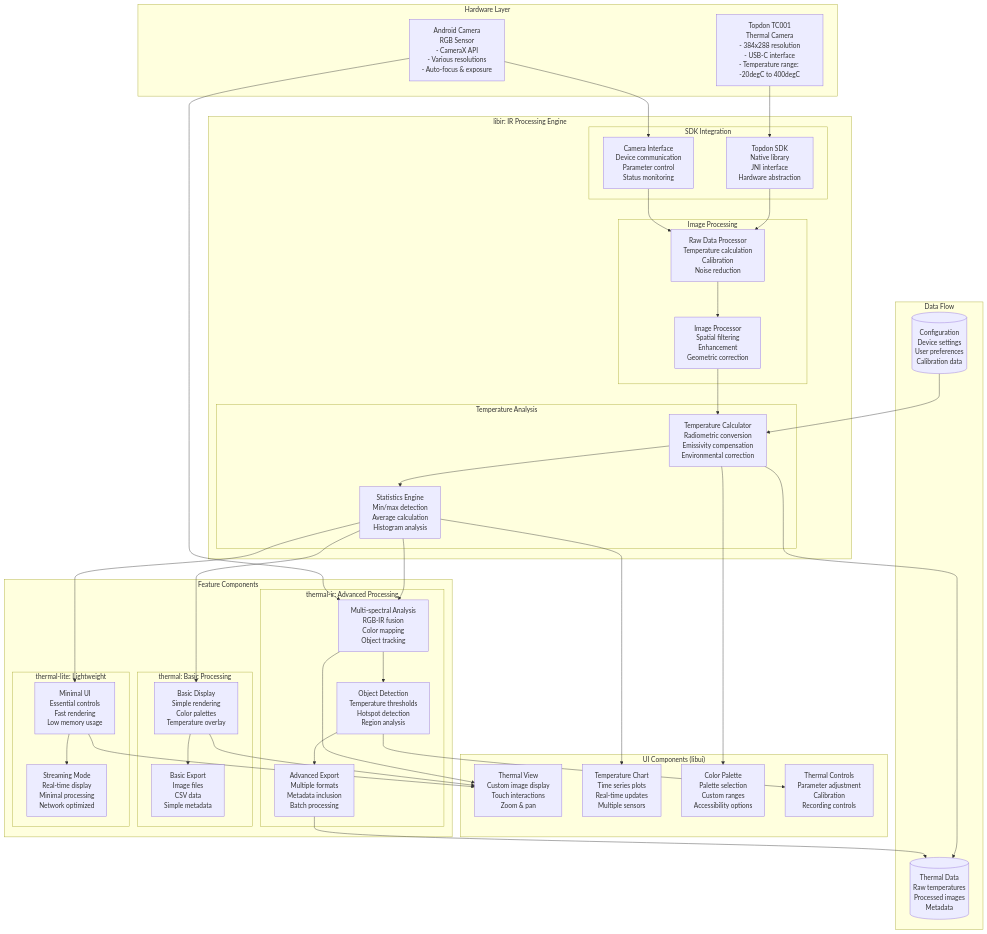
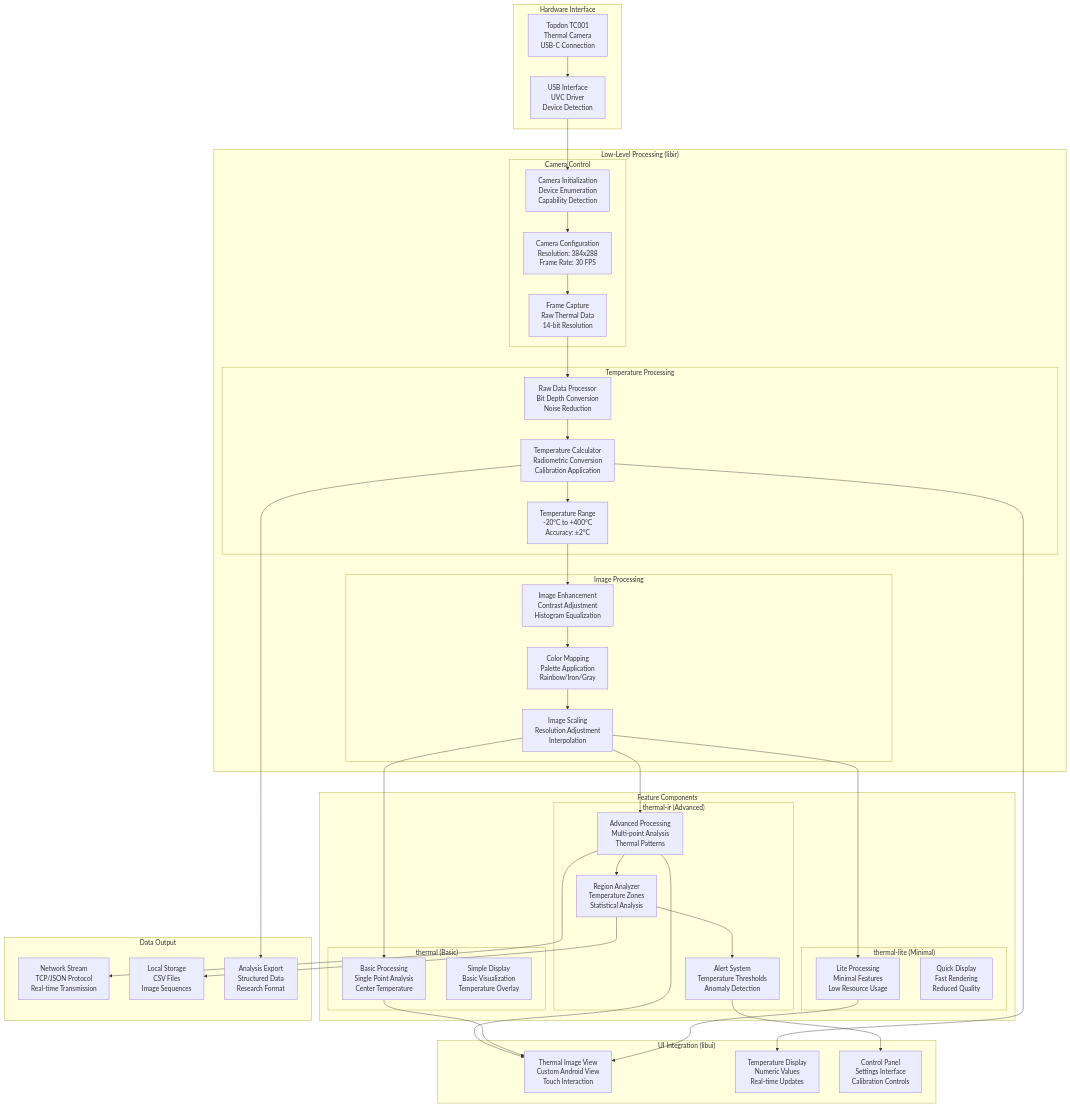
One commit to uclgsr/IRCamera changed the sixth of 12 diagrams in docs/COMPREHENSIVE_ARCHITECTURE_DIAGRAMS.md. Above: the diagram before and after it, drawn with Mermaid. The commit also changed other lines of this file and 3 other files, not shown here.

Commit message:
Redo comprehensive Mermaid architecture diagrams - 12 detailed technical diagrams from scratch

````diff
--- a/docs/COMPREHENSIVE_ARCHITECTURE_DIAGRAMS.md
+++ b/docs/COMPREHENSIVE_ARCHITECTURE_DIAGRAMS.md
@@ -532,106 +481,92 @@
 ```mermaid
 graph TB
-    subgraph "Hardware Layer"
-        TopdonTC001[Topdon TC001<br/>Thermal Camera<br/>- 384x288 resolution<br/>- USB-C interface<br/>- Temperature range: -20degC to 400degC]
-        
-        AndroidCamera[Android Camera<br/>RGB Sensor<br/>- CameraX API<br/>- Various resolutions<br/>- Auto-focus & exposure]
+    subgraph "Hardware Interface"
+        TC001Device[Topdon TC001<br/>Thermal Camera<br/>USB-C Connection]
+        USBInterface[USB Interface<br/>UVC Driver<br/>Device Detection]
     end
     
-    subgraph "libir: IR Processing Engine"
-        subgraph "SDK Integration"
-            TopdonSDK[Topdon SDK<br/>Native library<br/>JNI interface<br/>Hardware abstraction]
-            
-            CameraInterface[Camera Interface<br/>Device communication<br/>Parameter control<br/>Status monitoring]
+    subgraph "Low-Level Processing (libir)"
+        subgraph "Camera Control"
+            CameraInit[Camera Initialization<br/>Device Enumeration<br/>Capability Detection]
+            CameraConfig[Camera Configuration<br/>Resolution: 384x288<br/>Frame Rate: 30 FPS]
+            FrameCapture[Frame Capture<br/>Raw Thermal Data<br/>14-bit Resolution]
+        end
+        
+        subgraph "Temperature Processing"
+            RawProcessor[Raw Data Processor<br/>Bit Depth Conversion<br/>Noise Reduction]
+            TempCalculator[Temperature Calculator<br/>Radiometric Conversion<br/>Calibration Application]
+            TempRange[Temperature Range<br/>-20°C to +400°C<br/>Accuracy: ±2°C]
         end
         
         subgraph "Image Processing"
-            RawProcessor[Raw Data Processor<br/>Temperature calculation<br/>Calibration<br/>Noise reduction]
-            
-            ImageProcessor[Image Processor<br/>Spatial filtering<br/>Enhancement<br/>Geometric correction]
-        end
-        
-        subgraph "Temperature Analysis"
-            TempCalculator[Temperature Calculator<br/>Radiometric conversion<br/>Emissivity compensation<br/>Environmental correction]
-            
-            StatisticsEngine[Statistics Engine<br/>Min/max detection<br/>Average calculation<br/>Histogram analysis]
+            ImageEnhancer[Image Enhancement<br/>Contrast Adjustment<br/>Histogram Equalization]
+            ColorMapper[Color Mapping<br/>Palette Application<br/>Rainbow/Iron/Gray]
+            ImageScaler[Image Scaling<br/>Resolution Adjustment<br/>Interpolation]
         end
     end
     
     subgraph "Feature Components"
-        subgraph "thermal-ir: Advanced Processing"
-            MultiSpectral[Multi-spectral Analysis<br/>RGB-IR fusion<br/>Color mapping<br/>Object tracking]
-            
-            ObjectDetection[Object Detection<br/>Temperature thresholds<br/>Hotspot detection<br/>Region analysis]
-            
-            DataExport[Advanced Export<br/>Multiple formats<br/>Metadata inclusion<br/>Batch processing]
+        subgraph "thermal-ir (Advanced)"
+            AdvancedProcessor[Advanced Processing<br/>Multi-point Analysis<br/>Thermal Patterns]
+            RegionAnalyzer[Region Analyzer<br/>Temperature Zones<br/>Statistical Analysis]
+            AlertSystem[Alert System<br/>Temperature Thresholds<br/>Anomaly Detection]
         end
         
-        subgraph "thermal: Basic Processing"
-            BasicDisplay[Basic Display<br/>Simple rendering<br/>Color palettes<br/>Temperature overlay]
-            
-            BasicExport[Basic Export<br/>Image files<br/>CSV data<br/>Simple metadata]
+        subgraph "thermal (Basic)"
+            BasicProcessor[Basic Processing<br/>Single Point Analysis<br/>Center Temperature]
+            SimpleDisplay[Simple Display<br/>Basic Visualization<br/>Temperature Overlay]
         end
         
-        subgraph "thermal-lite: Lightweight"
-            MinimalUI[Minimal UI<br/>Essential controls<br/>Fast rendering<br/>Low memory usage]
-            
-            StreamingMode[Streaming Mode<br/>Real-time display<br/>Minimal processing<br/>Network optimized]
+        subgraph "thermal-lite (Minimal)"
+            LiteProcessor[Lite Processing<br/>Minimal Features<br/>Low Resource Usage]
+            QuickDisplay[Quick Display<br/>Fast Rendering<br/>Reduced Quality]
         end
     end
     
-    subgraph "UI Components (libui)"
-        ThermalView[Thermal View<br/>Custom image display<br/>Touch interactions<br/>Zoom & pan]
-        
-        TemperatureChart[Temperature Chart<br/>Time series plots<br/>Real-time updates<br/>Multiple sensors]
-        
-        ColorPalette[Color Palette<br/>Palette selection<br/>Custom ranges<br/>Accessibility options]
-        
-        ThermalControls[Thermal Controls<br/>Parameter adjustment<br/>Calibration<br/>Recording controls]
+    subgraph "UI Integration (libui)"
+        ThermalImageView[Thermal Image View<br/>Custom Android View<br/>Touch Interaction]
+        TemperatureDisplay[Temperature Display<br/>Numeric Values<br/>Real-time Updates]
+        ControlPanel[Control Panel<br/>Settings Interface<br/>Calibration Controls]
     end
     
-    subgraph "Data Flow"
-        ThermalData[(Thermal Data<br/>Raw temperatures<br/>Processed images<br/>Metadata)]
-        
-        ConfigData[(Configuration<br/>Device settings<br/>User preferences<br/>Calibration data)]
+    subgraph "Data Output"
+        NetworkStream[Network Stream<br/>TCP/JSON Protocol<br/>Real-time Transmission]
+        LocalStorage[Local Storage<br/>CSV Files<br/>Image Sequences]
+        AnalysisExport[Analysis Export<br/>Structured Data<br/>Research Format]
     end
     
-    %% Hardware connections
-    TopdonTC001 --> TopdonSDK
-    AndroidCamera --> CameraInterface
+    %% Hardware to low-level processing
+    TC001Device --> USBInterface
+    USBInterface --> CameraInit
+    CameraInit --> CameraConfig
+    CameraConfig --> FrameCapture
     
-    %% SDK to processing
-    TopdonSDK --> RawProcessor
-    CameraInterface --> RawProcessor
+    %% Low-level processing chain
+    FrameCapture --> RawProcessor
+    RawProcessor --> TempCalculator
+    TempCalculator --> TempRange
+    TempRange --> ImageEnhancer
+    ImageEnhancer --> ColorMapper
+    ColorMapper --> ImageScaler
     
-    %% Processing pipeline
-    RawProcessor --> ImageProcessor
-    ImageProcessor --> TempCalculator
-    TempCalculator --> StatisticsEngine
+    %% Feature component processing
+    ImageScaler --> AdvancedProcessor
+    ImageScaler --> BasicProcessor
+    ImageScaler --> LiteProcessor
     
-    %% Feature component connections
-    StatisticsEngine --> MultiSpectral
-    StatisticsEngine --> BasicDisplay
-    StatisticsEngine --> MinimalUI
+    AdvancedProcessor --> RegionAnalyzer
+    RegionAnalyzer --> AlertSystem
     
-    AndroidCamera --> MultiSpectral
+    %% UI integration
+    AdvancedProcessor --> ThermalImageView
+    BasicProcessor --> ThermalImageView
+    LiteProcessor --> ThermalImageView
     
-    MultiSpectral --> ObjectDetection
-    ObjectDetection --> DataExport
+    TempCalculator --> TemperatureDisplay
+    AlertSystem --> ControlPanel
     
-    BasicDisplay --> BasicExport
-    MinimalUI --> StreamingMode
-    
-    %% UI connections
-    MultiSpectral --> ThermalView
-    BasicDisplay --> ThermalView
-    MinimalUI --> ThermalView
-    
-    StatisticsEngine --> TemperatureChart
-    TempCalculator --> ColorPalette
-    ObjectDetection --> ThermalControls
-    
-    %% Data connections
-    TempCalculator --> ThermalData
-    ConfigData --> TempCalculator
-    DataExport --> ThermalData
+    %% Data output
+    AdvancedProcessor --> NetworkStream
+    RegionAnalyzer --> LocalStorage
+    TempCalculator --> AnalysisExport
 ```
````
